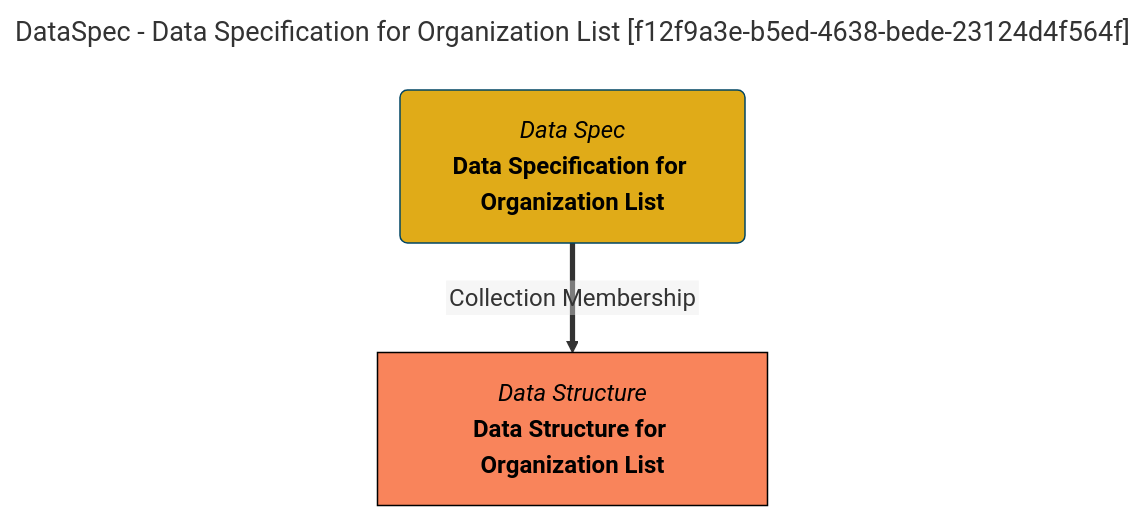
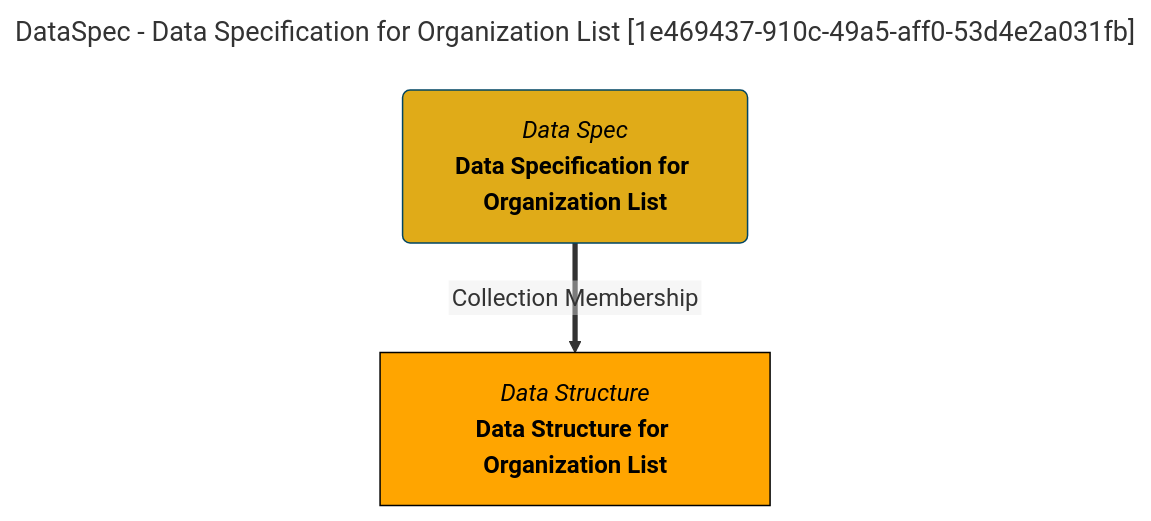
The diagram in site/snippets/collections/data-specs/data-specification-for-organization-list-mermaid-graph.md (odpi/egeria-docs), drawn with Mermaid before and after one commit. The commit also changed 2201 other files, not shown here.

````diff
--- a/site/snippets/collections/data-specs/data-specification-for-organization-list-mermaid-graph.md
+++ b/site/snippets/collections/data-specs/data-specification-for-organization-list-mermaid-graph.md
@@ -1,15 +1,15 @@
 ```mermaid
 ---
-title: DataSpec - Data Specification for Organization List [f12f9a3e-b5ed-4638-bede-23124d4f564f]
+title: DataSpec - Data Specification for Organization List [1e469437-910c-49a5-aff0-53d4e2a031fb]
 ---
 flowchart TD
 %%{init: {"flowchart": {"htmlLabels": false}} }%%
 
 1@{ shape: rounded, label: "*Data Spec*
 **Data Specification for Organization List**"}
 2@{ shape: rect, label: "*Data Structure*
 **Data Structure for Organization List**"}
 1==>|"Collection Membership"|2
 style 1 color:#000000, fill:#e0ab18, stroke:#004563
-style 2 color:#000000, fill:#f9845b, stroke:#000000
+style 2 color:#000000, fill:#FFA500, stroke:#000000
 ```
````
